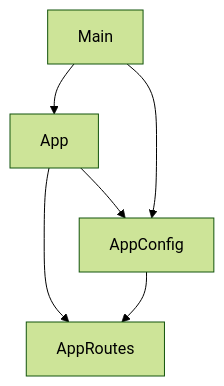
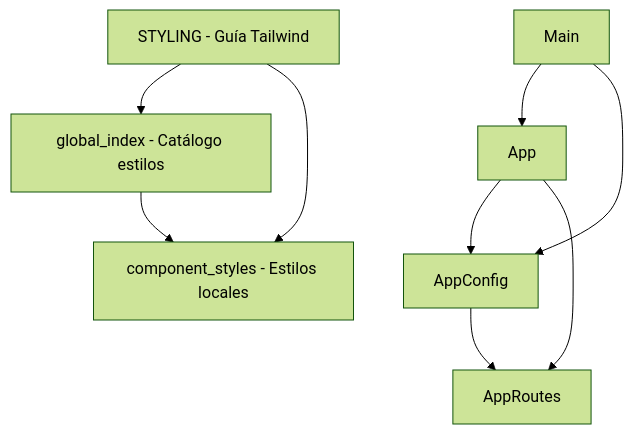
One commit to lancastmx/POC_admin_migala changed the diagram in docs/GRAPH.md. Above: the diagram before and after it, drawn with Mermaid (forest theme). The commit also changed other lines of this file and 6 other files, not shown here.

````diff
--- a/docs/GRAPH.md
+++ b/docs/GRAPH.md
@@ -7,13 +7,19 @@
 ```mermaid
 graph TD
   comp-001[App]
   cfg-001[AppConfig]
   cfg-002[AppRoutes]
   entry-001[Main]
+  docs-001[STYLING - Guía Tailwind]
+  docs-002[global_index - Catálogo estilos]
+  docs-003[component_styles - Estilos locales]
 
   comp-001 --> cfg-001
   comp-001 --> cfg-002
   cfg-001 --> cfg-002
   entry-001 --> comp-001
   entry-001 --> cfg-001
+  docs-001 --> docs-002
+  docs-001 --> docs-003
+  docs-002 --> docs-003
 ```
````
